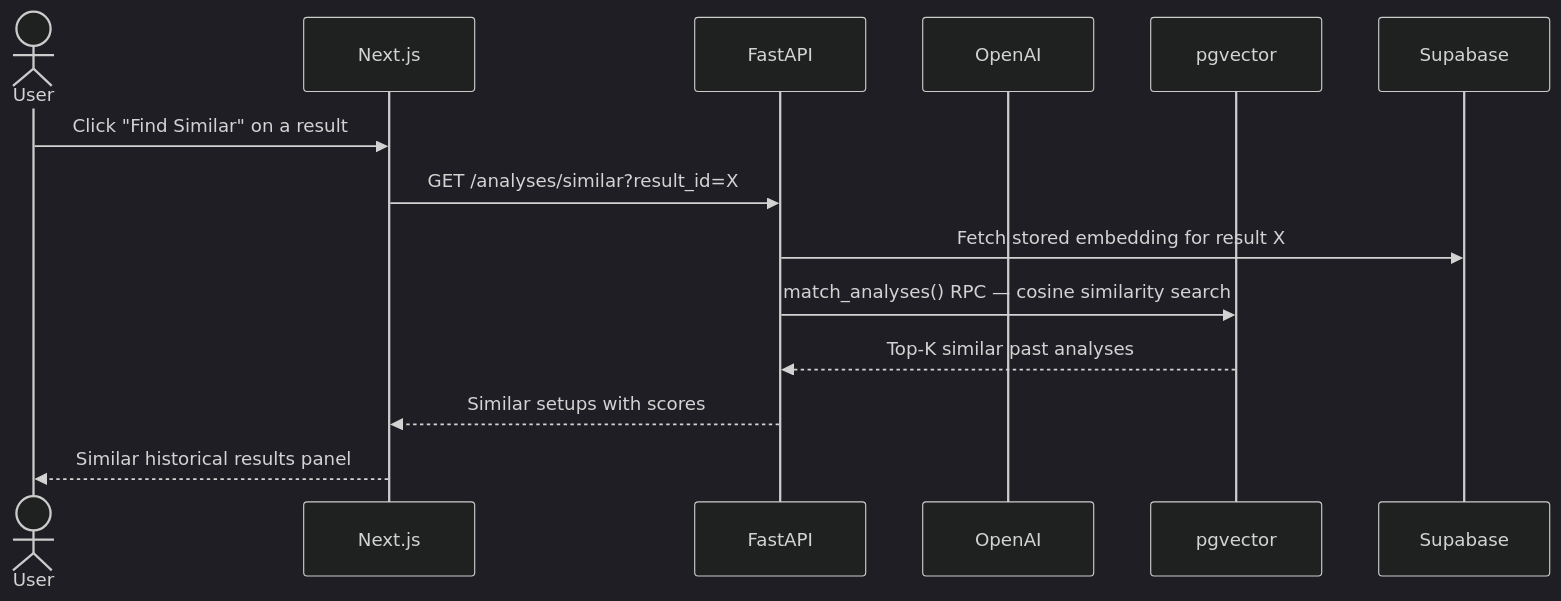
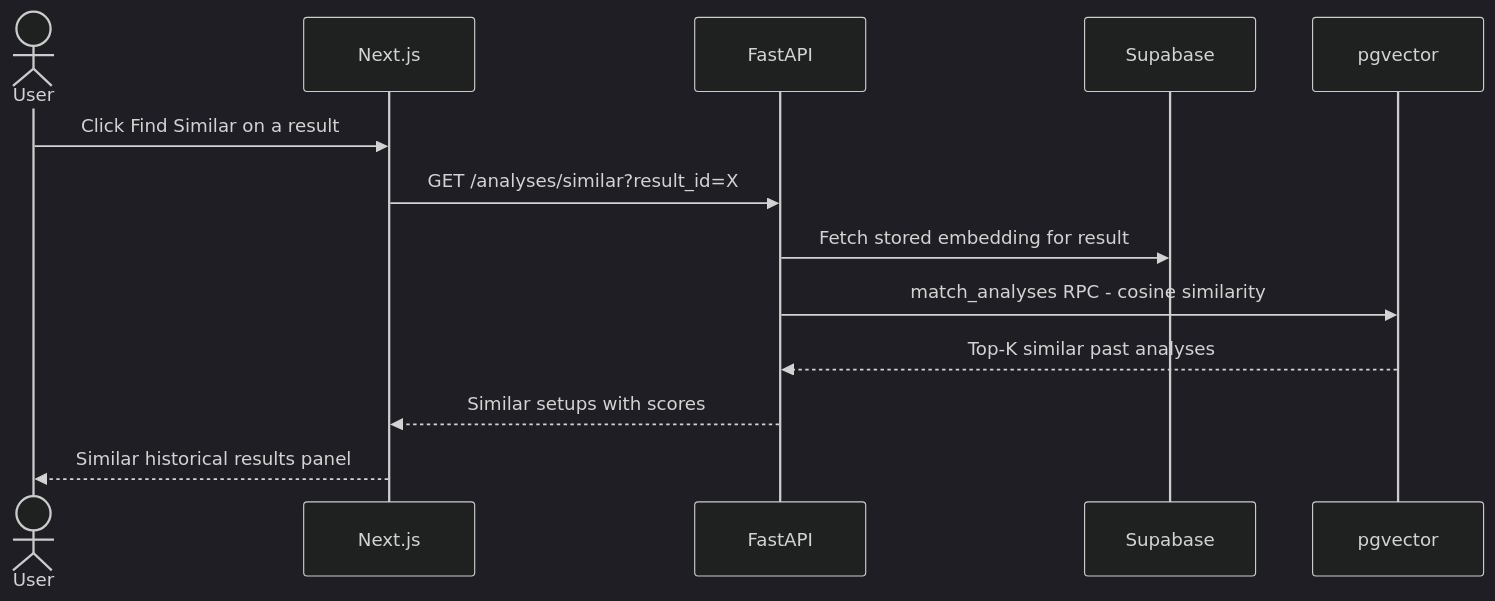
One commit to jovmlads/episodic-pivots-ai changed the third of 4 diagrams in README.md. Above: the diagram before and after it, drawn with Mermaid (dark theme). The commit also changed other lines of this file, not shown here.

Commit message:
docs: fix Mermaid diagrams - remove special chars and invalid syntax

````diff
--- a/README.md
+++ b/README.md
@@ -139,16 +133,16 @@
 ```mermaid
 sequenceDiagram
     actor User
-    participant Next.js
+    participant NextJS as Next.js
     participant FastAPI
-    participant OpenAI
+    participant Supabase
     participant pgvector
 
-    User->>Next.js: Click "Find Similar" on a result
-    Next.js->>FastAPI: GET /analyses/similar?result_id=X
-    FastAPI->>Supabase: Fetch stored embedding for result X
-    FastAPI->>pgvector: match_analyses() RPC — cosine similarity search
+    User->>NextJS: Click Find Similar on a result
+    NextJS->>FastAPI: GET /analyses/similar?result_id=X
+    FastAPI->>Supabase: Fetch stored embedding for result
+    FastAPI->>pgvector: match_analyses RPC - cosine similarity
     pgvector-->>FastAPI: Top-K similar past analyses
-    FastAPI-->>Next.js: Similar setups with scores
-    Next.js-->>User: Similar historical results panel
+    FastAPI-->>NextJS: Similar setups with scores
+    NextJS-->>User: Similar historical results panel
 ```
````
